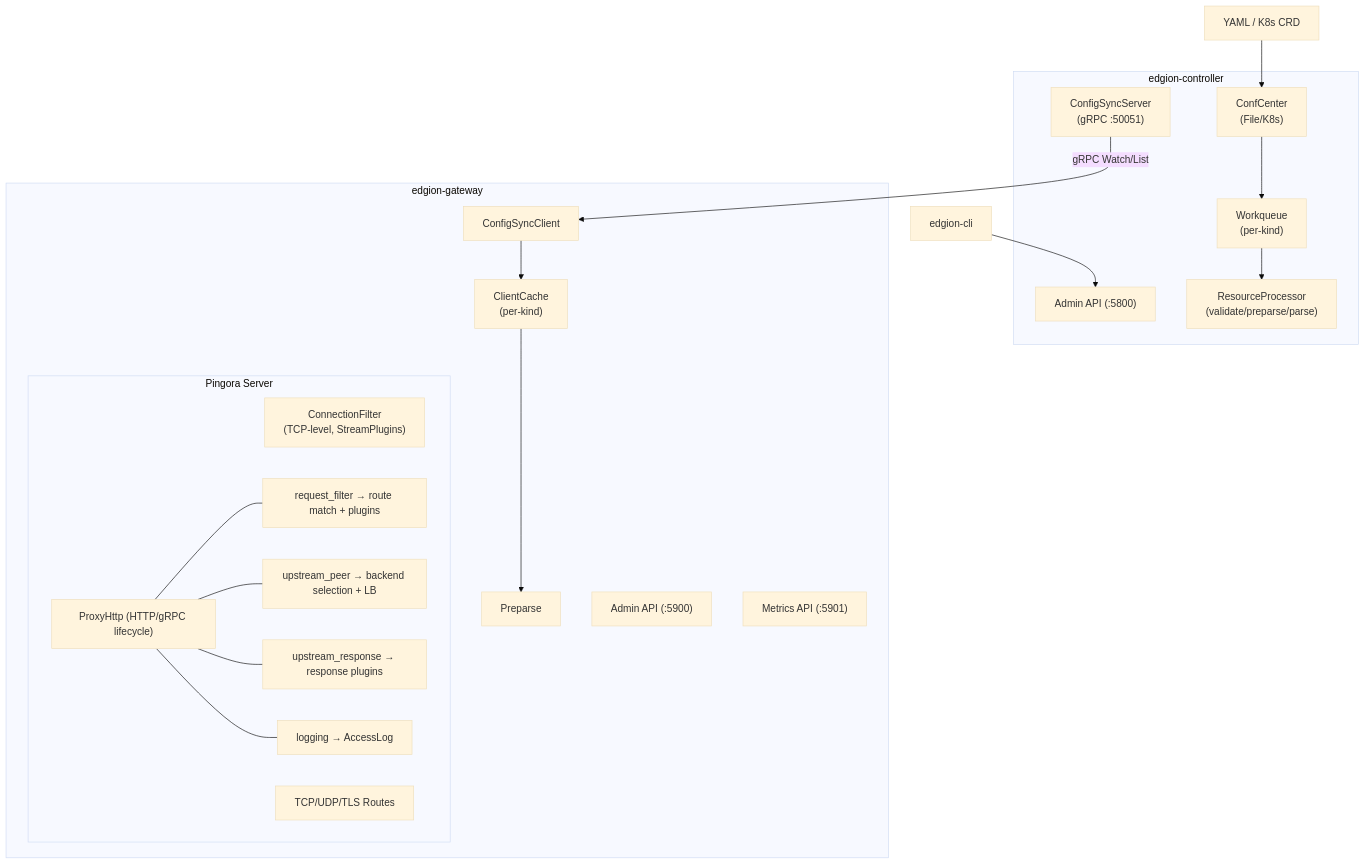
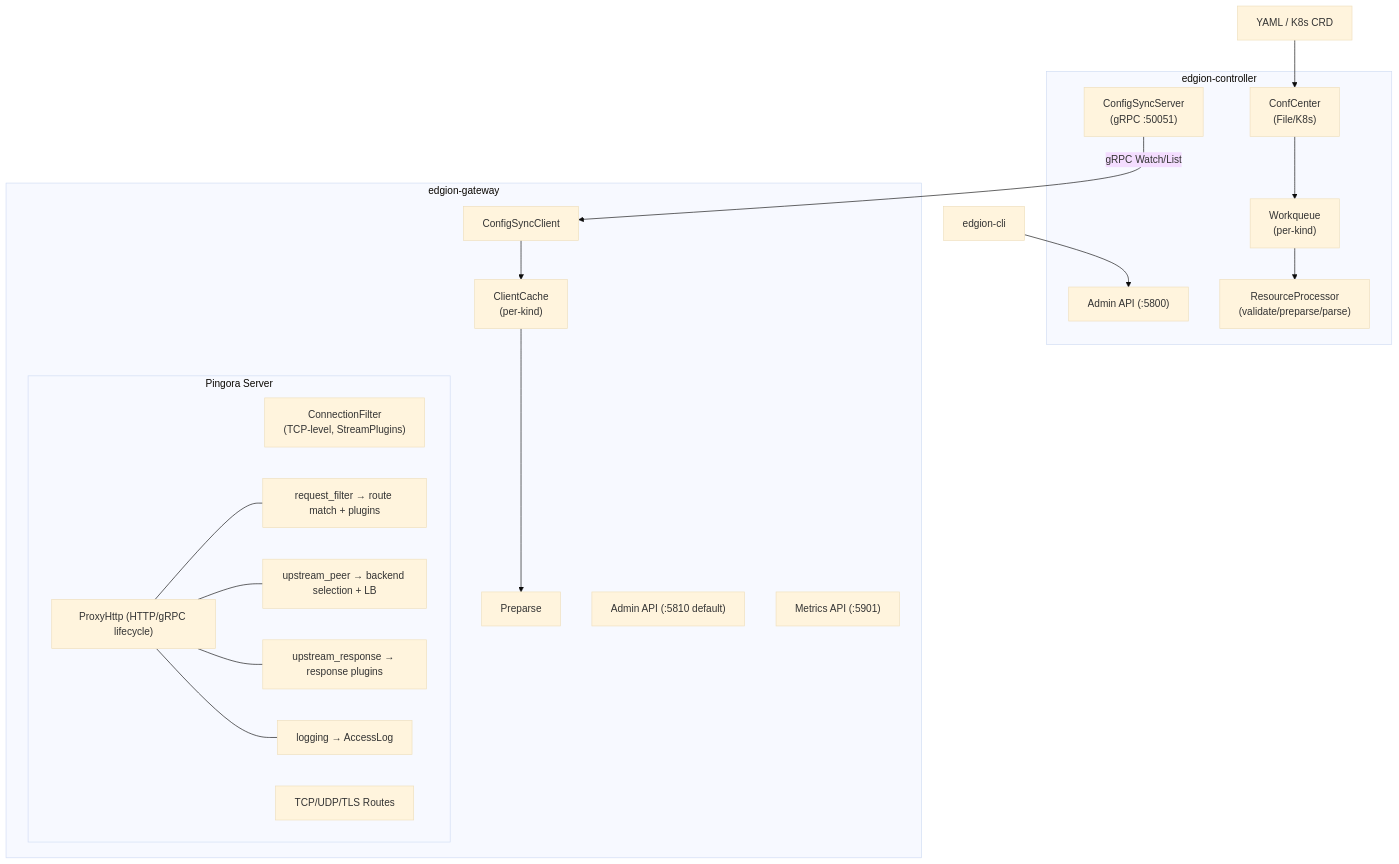
One commit to Pandaala/Edgion changed the diagram in skills/01-architecture/00-common/00-project-overview.md. Above: the diagram before and after it, drawn with Mermaid (base theme). The commit also changed 63 other files, not shown here.

````diff
--- a/skills/01-architecture/00-common/00-project-overview.md
+++ b/skills/01-architecture/00-common/00-project-overview.md
@@ -10,32 +10,32 @@
 ```mermaid
 flowchart TD
     YAML["YAML / K8s CRD"] --> CC
     CLI["edgion-cli"] --> AdminCtrl
 
     subgraph Controller["edgion-controller"]
         CC["ConfCenter\n(File/K8s)"] --> WQ["Workqueue\n(per-kind)"] --> RP["ResourceProcessor\n(validate/preparse/parse)"]
         AdminCtrl["Admin API (:5800)"]
         SyncServer["ConfigSyncServer\n(gRPC :50051)"]
     end
 
     SyncServer -- "gRPC Watch/List" --> SyncClient
 
     subgraph Gateway["edgion-gateway"]
         SyncClient["ConfigSyncClient"] --> ClientCache["ClientCache\n(per-kind)"] --> Preparse["Preparse"]
         subgraph Pingora["Pingora Server"]
             ConnFilter["ConnectionFilter\n(TCP-level, StreamPlugins)"]
             ProxyHttp["ProxyHttp (HTTP/gRPC lifecycle)"]
             ReqFilter["request_filter → route match + plugins"]
             UpstreamPeer["upstream_peer → backend selection + LB"]
             UpstreamResp["upstream_response → response plugins"]
             Logging["logging → AccessLog"]
             ProxyHttp --- ReqFilter
             ProxyHttp --- UpstreamPeer
             ProxyHttp --- UpstreamResp
             ProxyHttp --- Logging
             StreamRoutes["TCP/UDP/TLS Routes"]
         end
-        AdminGw["Admin API (:5900)"]
+        AdminGw["Admin API (:5810 default)"]
         MetricsGw["Metrics API (:5901)"]
     end
 ```
````
